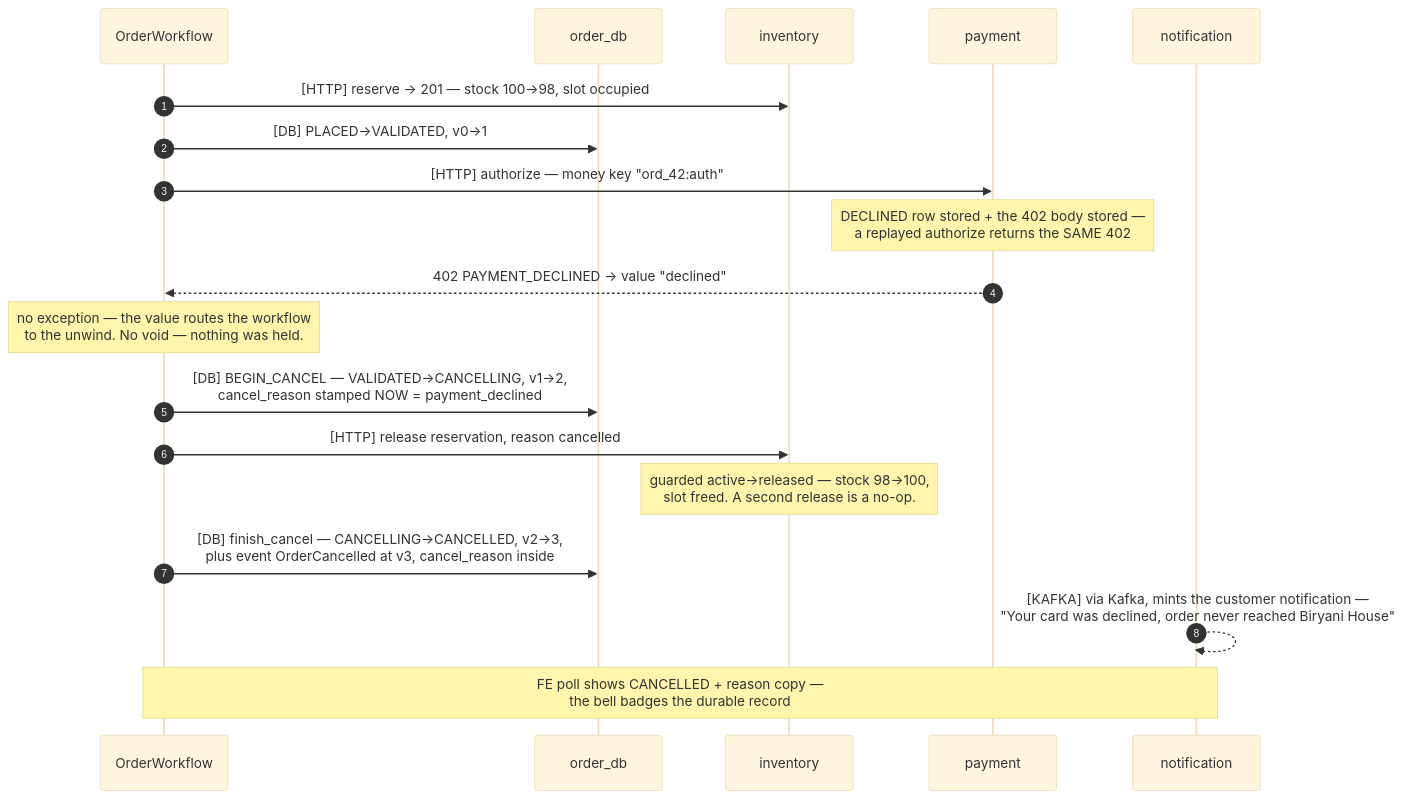
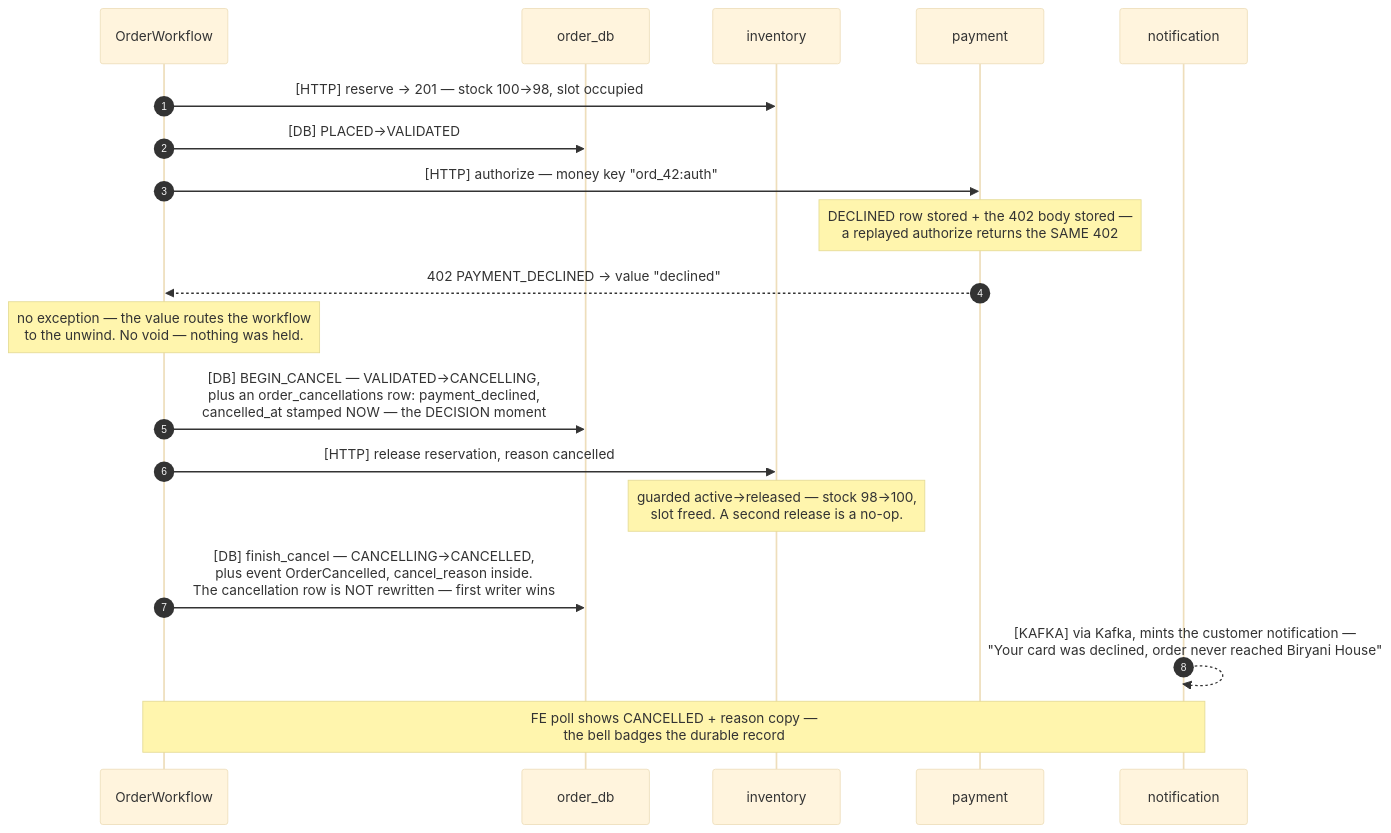
One commit to Aizazahmed-7/SmartFoodOps changed the third of 14 diagrams in docs/flows.md. Above: the diagram before and after it, drawn with Mermaid (base theme). The commit also changed other lines of this file and 8 other files, not shown here.

Commit message:
add cancelled reason new table

````diff
--- a/docs/flows.md
+++ b/docs/flows.md
@@ -141,22 +141,22 @@
 ```mermaid
 sequenceDiagram
     autonumber
     participant W as OrderWorkflow
     participant DB as order_db
     participant INV as inventory
     participant PAY as payment
     participant N as notification
 
     W->>INV: [HTTP] reserve → 201 — stock 100→98, slot occupied
-    W->>DB: [DB] PLACED→VALIDATED, v0→1
+    W->>DB: [DB] PLACED→VALIDATED
     W->>PAY: [HTTP] authorize — money key "ord_42:auth"
     Note over PAY: DECLINED row stored + the 402 body stored —<br/>a replayed authorize returns the SAME 402
     PAY-->>W: 402 PAYMENT_DECLINED → value "declined"
     Note over W: no exception — the value routes the workflow<br/>to the unwind. No void — nothing was held.
-    W->>DB: [DB] BEGIN_CANCEL — VALIDATED→CANCELLING, v1→2,<br/>cancel_reason stamped NOW = payment_declined
+    W->>DB: [DB] BEGIN_CANCEL — VALIDATED→CANCELLING,<br/>plus an order_cancellations row: payment_declined,<br/>cancelled_at stamped NOW — the DECISION moment
     W->>INV: [HTTP] release reservation, reason cancelled
     Note over INV: guarded active→released — stock 98→100,<br/>slot freed. A second release is a no-op.
-    W->>DB: [DB] finish_cancel — CANCELLING→CANCELLED, v2→3,<br/>plus event OrderCancelled at v3, cancel_reason inside
+    W->>DB: [DB] finish_cancel — CANCELLING→CANCELLED,<br/>plus event OrderCancelled, cancel_reason inside.<br/>The cancellation row is NOT rewritten — first writer wins
     N-->>N: [KAFKA] via Kafka, mints the customer notification —<br/>"Your card was declined, order never reached Biryani House"
     Note over W,N: FE poll shows CANCELLED + reason copy —<br/>the bell badges the durable record
 ```
````
